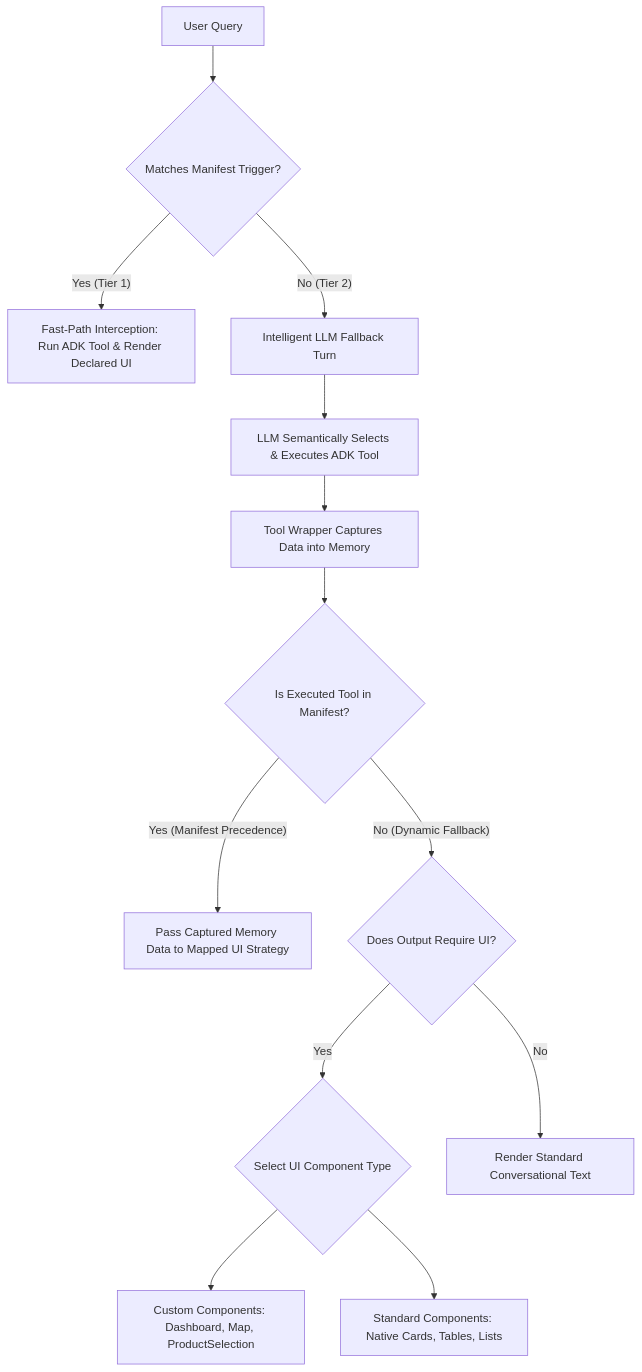
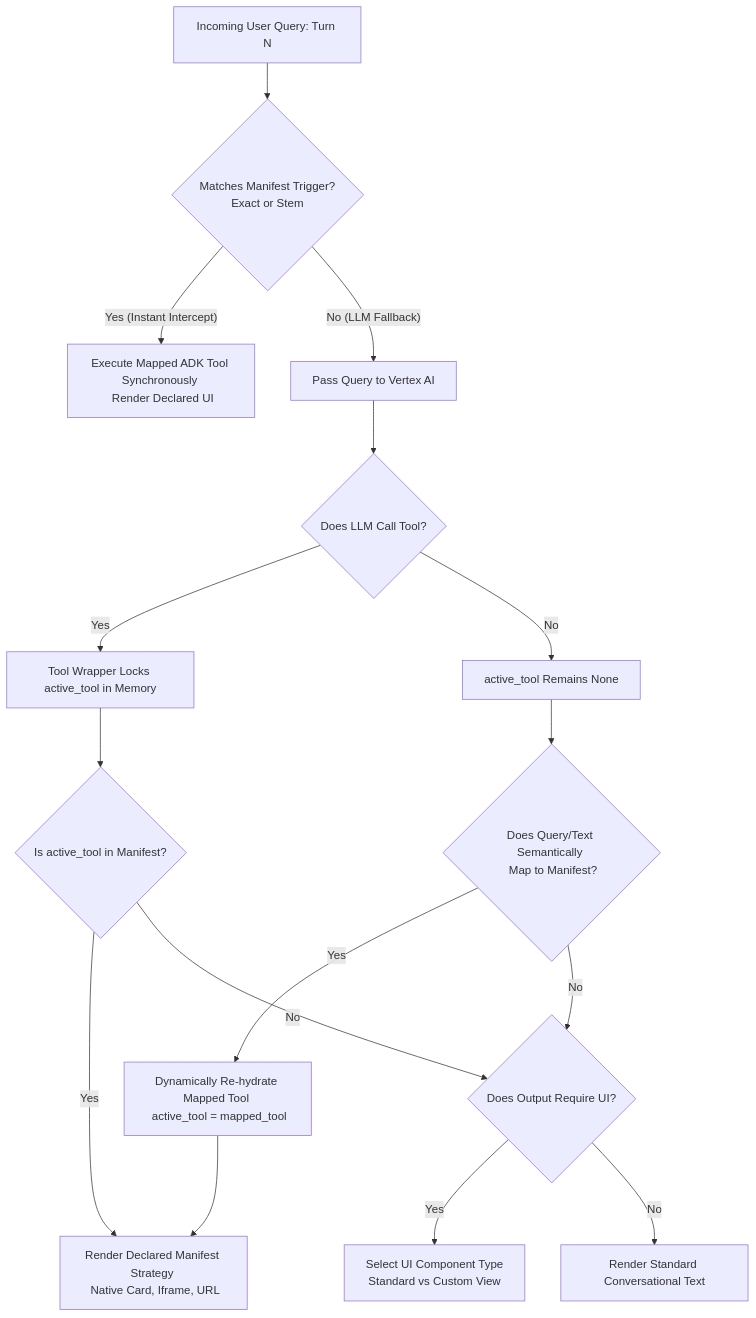
The diagram in architecture.md (acombs121/ge-claims), drawn with Mermaid before and after one commit. The commit also changed other lines of this file, not shown here.

Commit message:
docs(architecture): Document pure stateless turn-by-turn logic chain and diagram

````diff
--- a/architecture.md
+++ b/architecture.md
@@ -40,15 +40,18 @@
 ```mermaid
 graph TD
-    A[User Query] --> B{Matches Manifest Trigger?}
-    B -- Yes (Tier 1) --> C[Fast-Path Interception: Run ADK Tool & Render Declared UI]
-    B -- No (Tier 2) --> D[Intelligent LLM Fallback Turn]
-    D --> E[LLM Semantically Selects & Executes ADK Tool]
-    E --> F[Tool Wrapper Captures Data into Memory]
-    F --> G{Is Executed Tool in Manifest?}
-    G -- Yes (Manifest Precedence) --> H[Pass Captured Memory Data to Mapped UI Strategy]
-    G -- No (Dynamic Fallback) --> I{Does Output Require UI?}
-    I -- Yes --> J{Select UI Component Type}
-    I -- No --> K[Render Standard Conversational Text]
-    J --> L[Custom Components: Dashboard, Map, ProductSelection]
-    J --> M[Standard Components: Native Cards, Tables, Lists]
+    A[Incoming User Query: Turn N] --> B{Matches Manifest Trigger? <br> Exact or Stem}
+    B -- Yes (Instant Intercept) --> C[Execute Mapped ADK Tool Synchronously <br> Render Declared UI]
+    B -- No (LLM Fallback) --> D[Pass Query to Vertex AI]
+    D --> E{Does LLM Call Tool?}
+    E -- Yes --> F[Tool Wrapper Locks active_tool in Memory]
+    E -- No --> G[active_tool Remains None]
+    F --> H{Is active_tool in Manifest?}
+    G --> I{Does Query/Text Semantically <br> Map to Manifest?}
+    I -- Yes --> J[Dynamically Re-hydrate Mapped Tool <br> active_tool = mapped_tool]
+    I -- No --> K{Does Output Require UI?}
+    H -- Yes --> L[Render Declared Manifest Strategy <br> Native Card, Iframe, URL]
+    H -- No --> K
+    J --> L
+    K -- Yes --> M[Select UI Component Type <br> Standard vs Custom View]
+    K -- No --> N[Render Standard Conversational Text]
 ```
````
